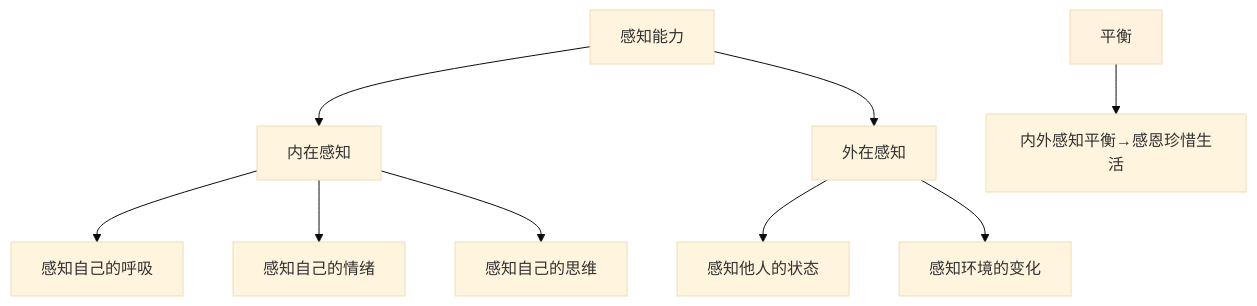
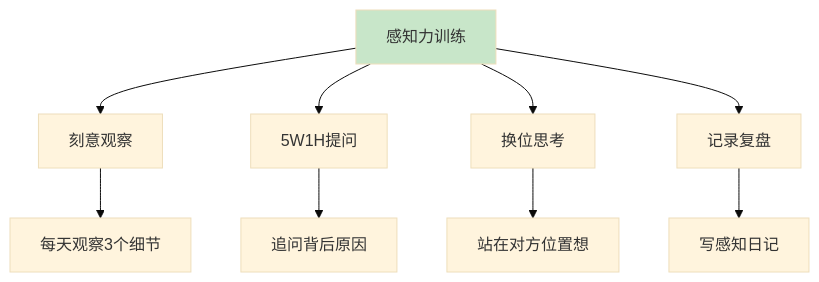
The third of 7 diagrams in 10.打工充平常记录/10.自我精进七课/07.底层思维的训练/7.3感知能力的提升.md (chongyang211/YCBookBlog), drawn with Mermaid (base theme) before and after one commit. The commit also changed other lines of this file and 55 other files, not shown here.

````diff
--- a/10.打工充平常记录/10.自我精进七课/07.底层思维的训练/7.3感知能力的提升.md
+++ b/10.打工充平常记录/10.自我精进七课/07.底层思维的训练/7.3感知能力的提升.md
@@ -90,12 +103,12 @@
 ```mermaid
 graph TD
-    A[感知能力] --> B[内在感知]
-    A --> C[外在感知]
-    B --> B1[感知自己的呼吸]
-    B --> B2[感知自己的情绪]
-    B --> B3[感知自己的思维]
-    C --> C1[感知他人的状态]
-    C --> C2[感知环境的变化]
-    D[平衡] --> D1[内外感知平衡→感恩珍惜生活]
-    style D fill:#fff3e0
+    A[感知力训练] --> B[刻意观察]
+    A --> C[5W1H提问]
+    A --> D[换位思考]
+    A --> E[记录复盘]
+    B --> B1[每天观察3个细节]
+    C --> C1[追问背后原因]
+    D --> D1[站在对方位置想]
+    E --> E1[写感知日记]
+    style A fill:#c8e6c9
 ```
````
